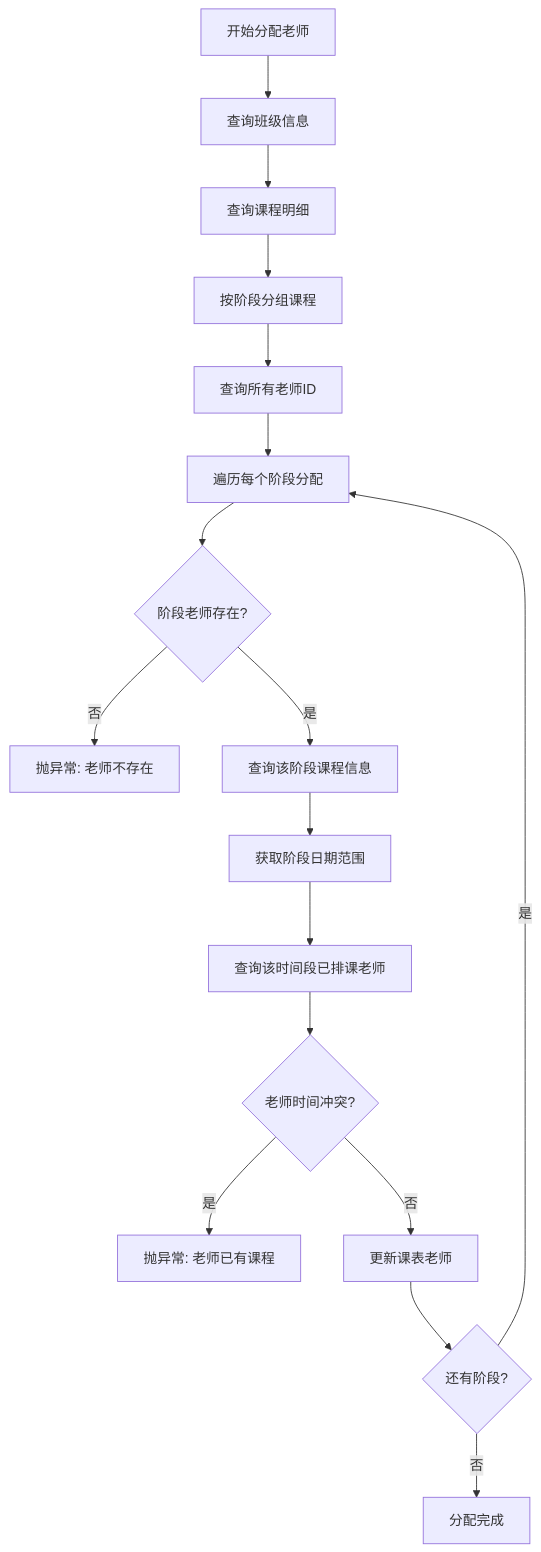
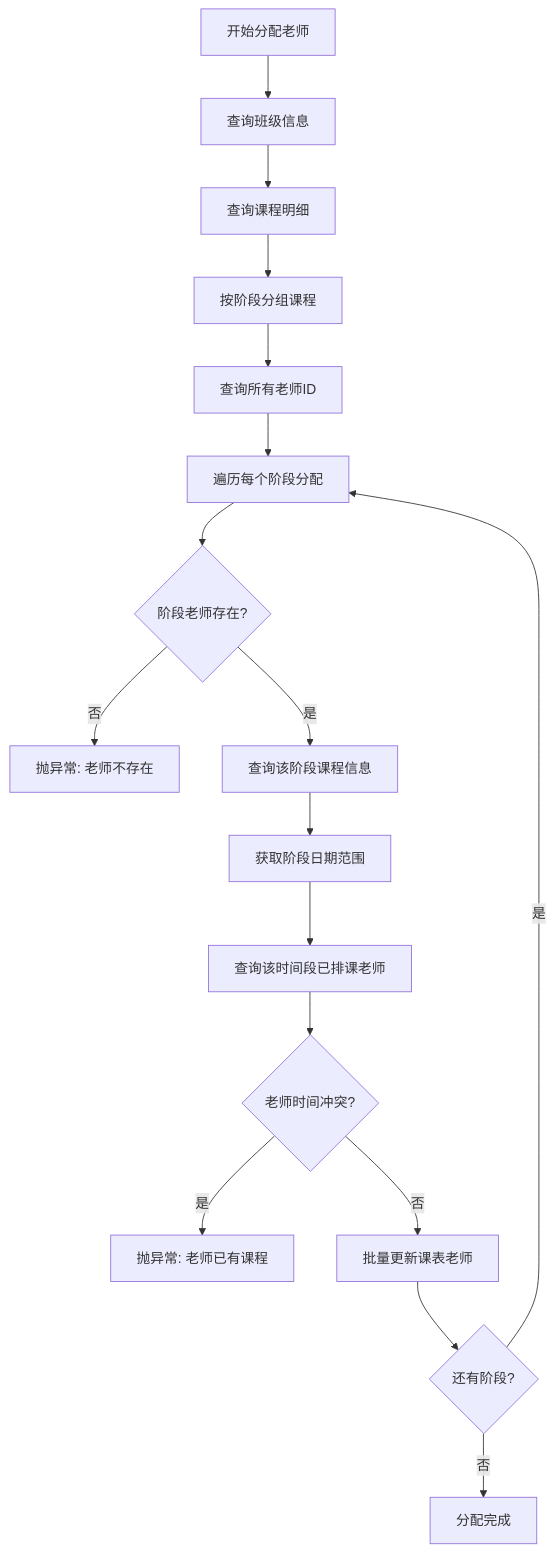
Diagram 13 of 31 in docs/tutorial.md (Smithhss/YanQue-Admin), drawn with Mermaid before and after one commit. The commit also changed other lines of this file, not shown here.

````diff
--- a/docs/tutorial.md
+++ b/docs/tutorial.md
@@ -2282,22 +2311,22 @@
 ```mermaid
 flowchart TD
     A[开始分配老师] --> B[查询班级信息]
     B --> C[查询课程明细]
     C --> D[按阶段分组课程]
     D --> E[查询所有老师ID]
 
     E --> F[遍历每个阶段分配]
     F --> G{阶段老师存在?}
     G -- 否 --> H[抛异常: 老师不存在]
     G -- 是 --> I[查询该阶段课程信息]
 
     I --> J[获取阶段日期范围]
     J --> K[查询该时间段已排课老师]
     K --> L{老师时间冲突?}
     L -- 是 --> M[抛异常: 老师已有课程]
-    L -- 否 --> N[更新课表老师]
+    L -- 否 --> N[批量更新课表老师]
 
     N --> O{还有阶段?}
     O -- 是 --> F
     O -- 否 --> P[分配完成]
 ```
````
